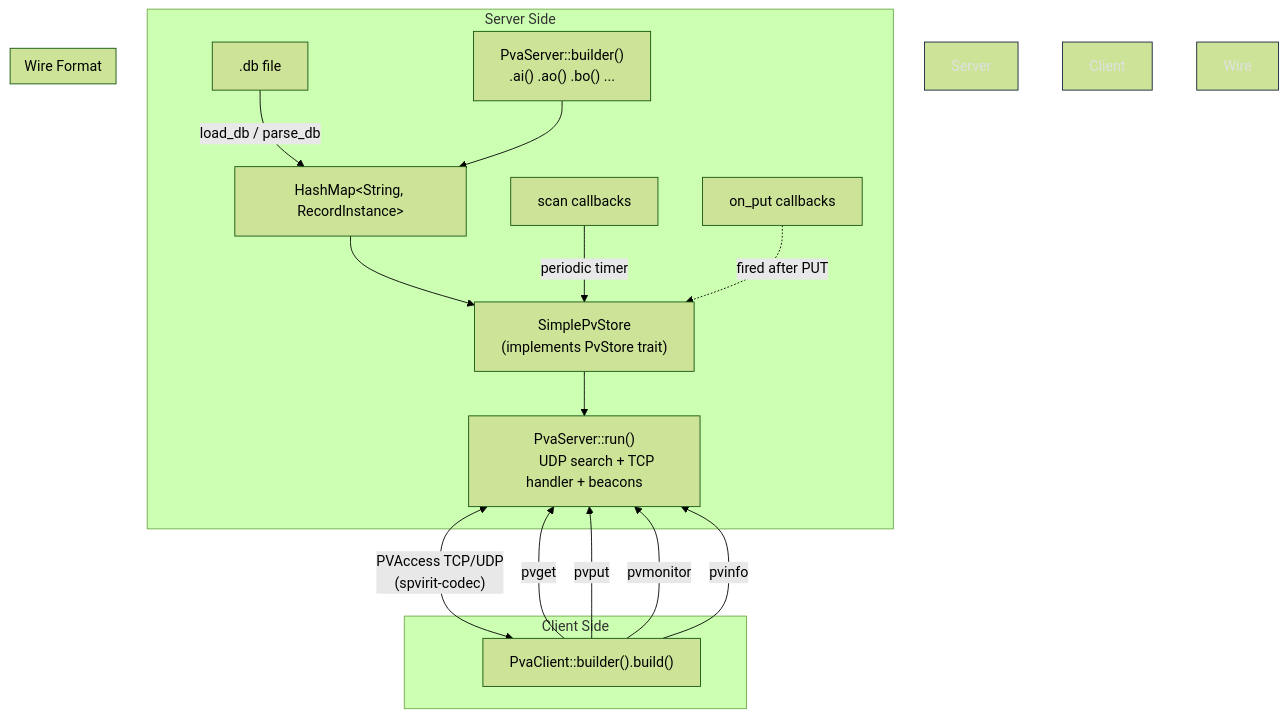
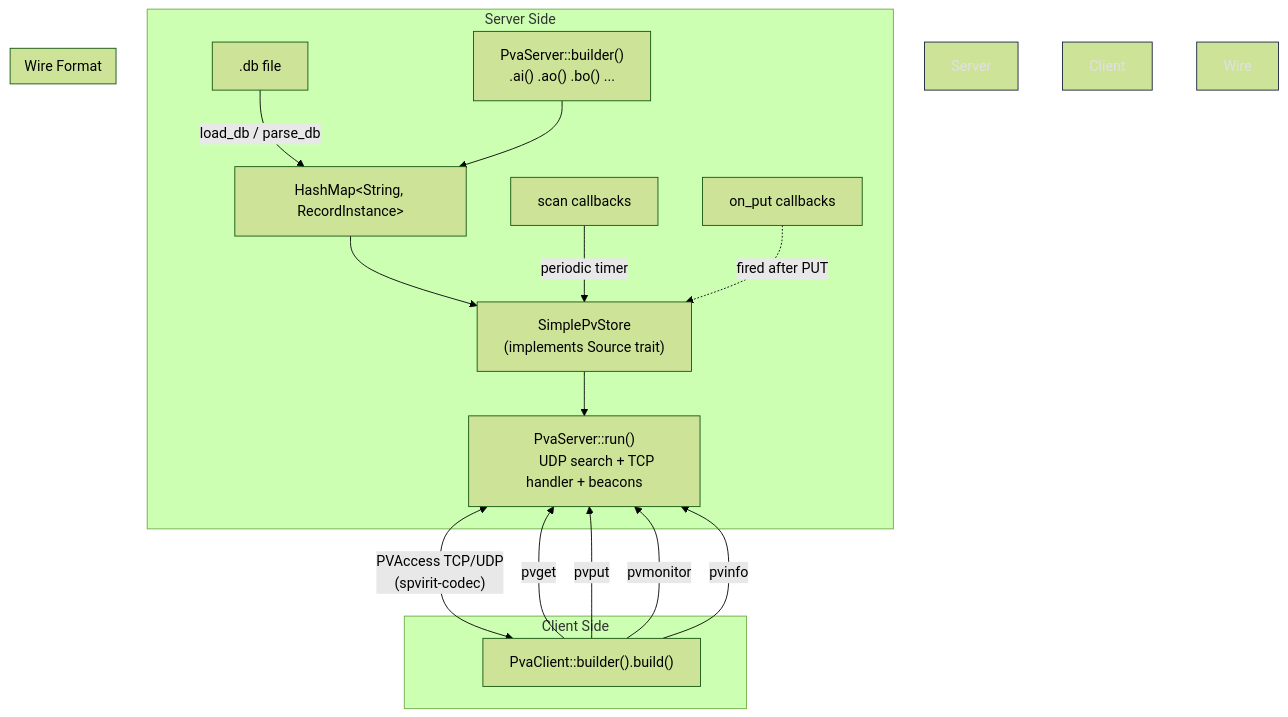
Before and after one commit to ISISNeutronMuon/sPVirit: the third of 3 diagrams in README.md, drawn with Mermaid (forest theme). The commit also changed other lines of this file and 21 other files, not shown here.

````diff
--- a/README.md
+++ b/README.md
@@ -134,31 +147,31 @@
 ```mermaid
 flowchart TD
     subgraph Server Side
         DB[".db file"] -->|load_db / parse_db| Records["HashMap&lt;String, RecordInstance&gt;"]
         Builder["PvaServer::builder()
         .ai() .ao() .bo() ..."] --> Records
         Records --> Store["SimplePvStore
-        (implements PvStore trait)"]
+        (implements Source trait)"]
         Store --> Runtime["PvaServer::run()
         UDP search + TCP handler + beacons"]
         Scan["scan callbacks"] -->|periodic timer| Store
         OnPut["on_put callbacks"] -.->|fired after PUT| Store
     end
 
     subgraph Client Side
         PC["PvaClient::builder().build()"]
         PC -->|pvget| Runtime
         PC -->|pvput| Runtime
         PC -->|pvmonitor| Runtime
         PC -->|pvinfo| Runtime
     end
 
     subgraph Wire Format
         Runtime <-->|"PVAccess TCP/UDP
         (spvirit-codec)"| PC
     end
 
     style Server Side fill:#1a1a2e,stroke:#16213e,color:#e0e0e0
     style Client Side fill:#1a1a2e,stroke:#16213e,color:#e0e0e0
     style Wire Format fill:#0f3460,stroke:#16213e,color:#e0e0e0
 ```
````
